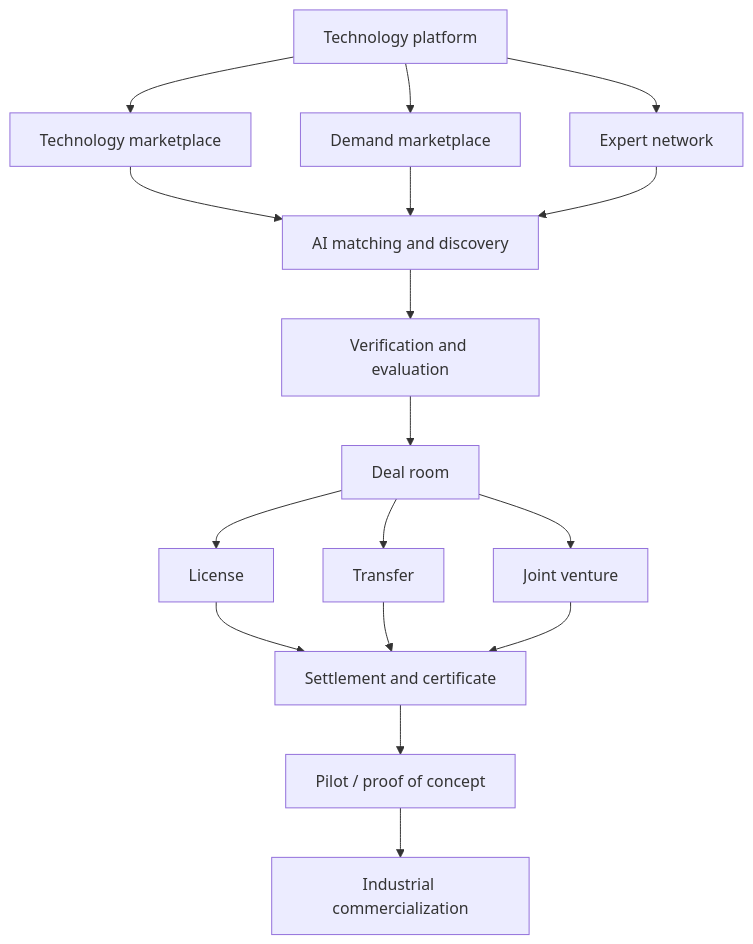
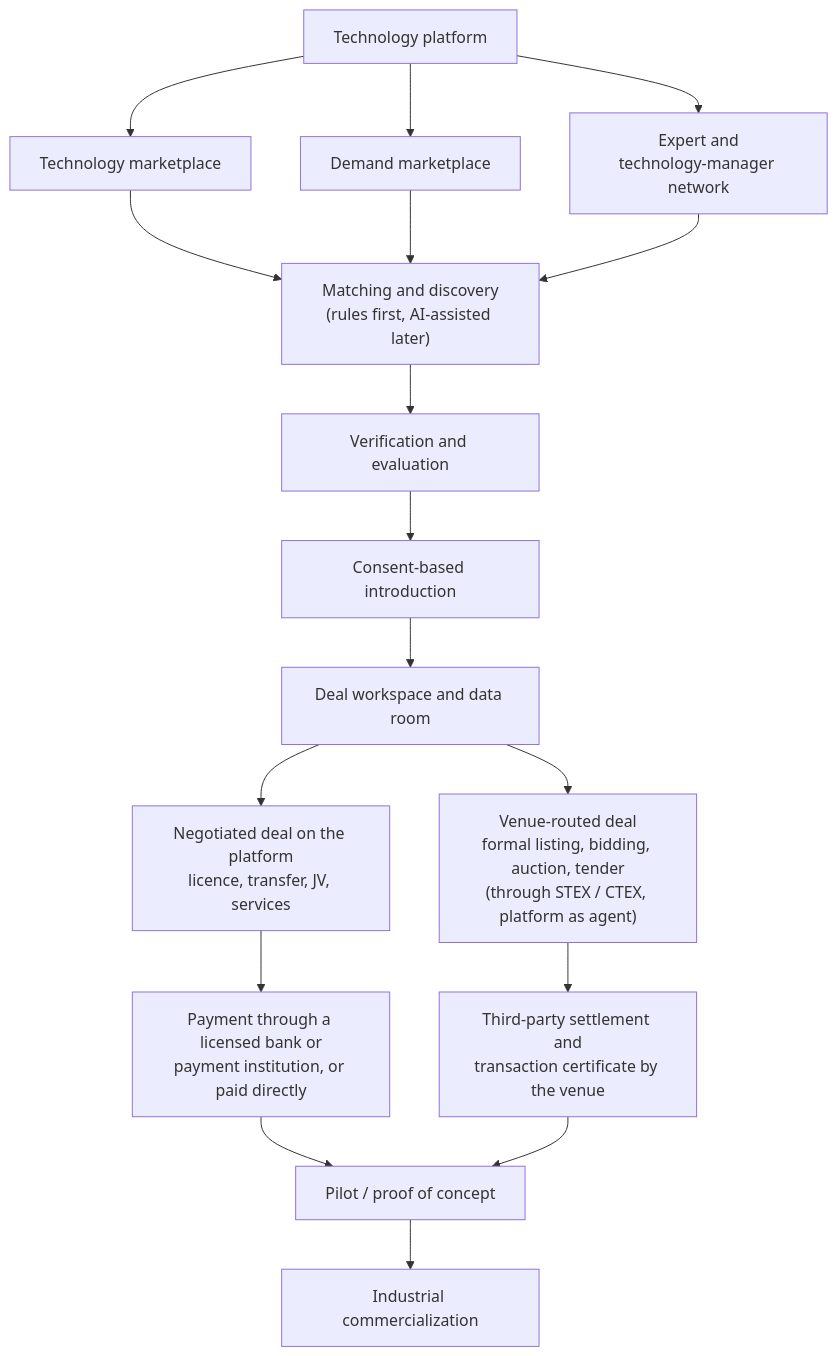
One commit to greensoft-atom/tex-platform changed the eighth of 9 diagrams in 04-product-strategy.md. Above: the diagram before and after it, drawn with Mermaid. The commit also changed other lines of this file and 615 other files, not shown here.

````diff
--- a/04-product-strategy.md
+++ b/04-product-strategy.md
@@ -371,19 +397,19 @@
 ```mermaid
 flowchart TD
     P["Technology platform"] --> TM["Technology marketplace"]
     P --> DM["Demand marketplace"]
-    P --> EN["Expert network"]
-    TM --> AI["AI matching and discovery"]
+    P --> EN["Expert and<br/>technology-manager network"]
+    TM --> AI["Matching and discovery<br/>(rules first, AI-assisted later)"]
     DM --> AI
     EN --> AI
     AI --> VE["Verification and evaluation"]
-    VE --> DR["Deal room"]
-    DR --> LIC["License"]
-    DR --> TRF["Transfer"]
-    DR --> JV["Joint venture"]
-    LIC --> SC["Settlement and certificate"]
-    TRF --> SC
-    JV --> SC
-    SC --> POC["Pilot / proof of concept"]
+    VE --> INT["Consent-based introduction"]
+    INT --> DR["Deal workspace and data room"]
+    DR --> NEG["Negotiated deal on the platform<br/>licence, transfer, JV, services"]
+    DR --> VEN["Venue-routed deal<br/>formal listing, bidding, auction, tender<br/>(through STEX / CTEX, platform as agent)"]
+    NEG --> PAY["Payment through a licensed bank or<br/>payment institution, or paid directly"]
+    VEN --> VSET["Third-party settlement and<br/>transaction certificate by the venue"]
+    PAY --> POC["Pilot / proof of concept"]
+    VSET --> POC
     POC --> IC["Industrial commercialization"]
 ```
````
